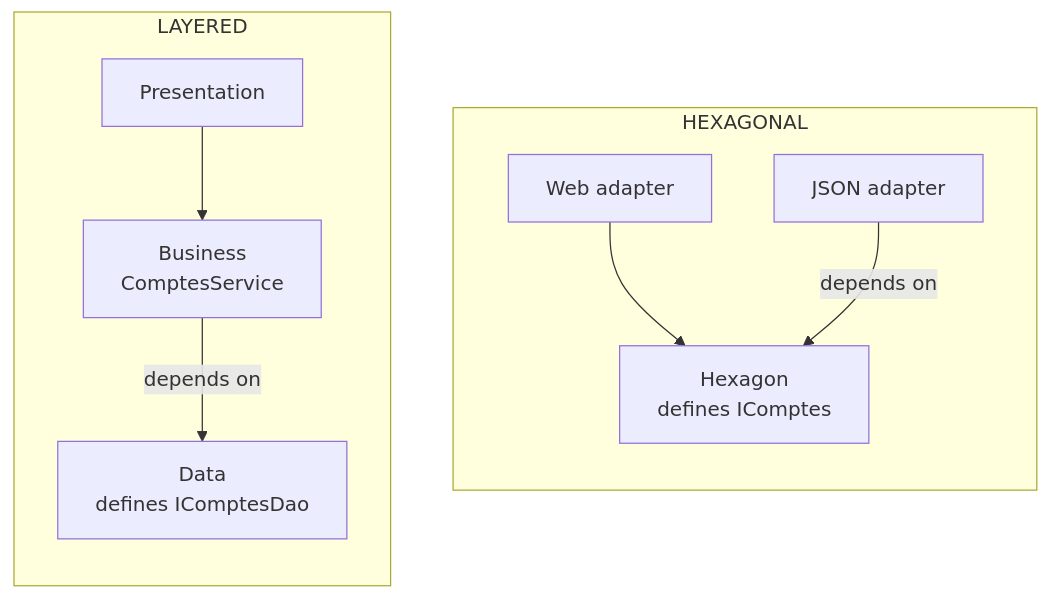
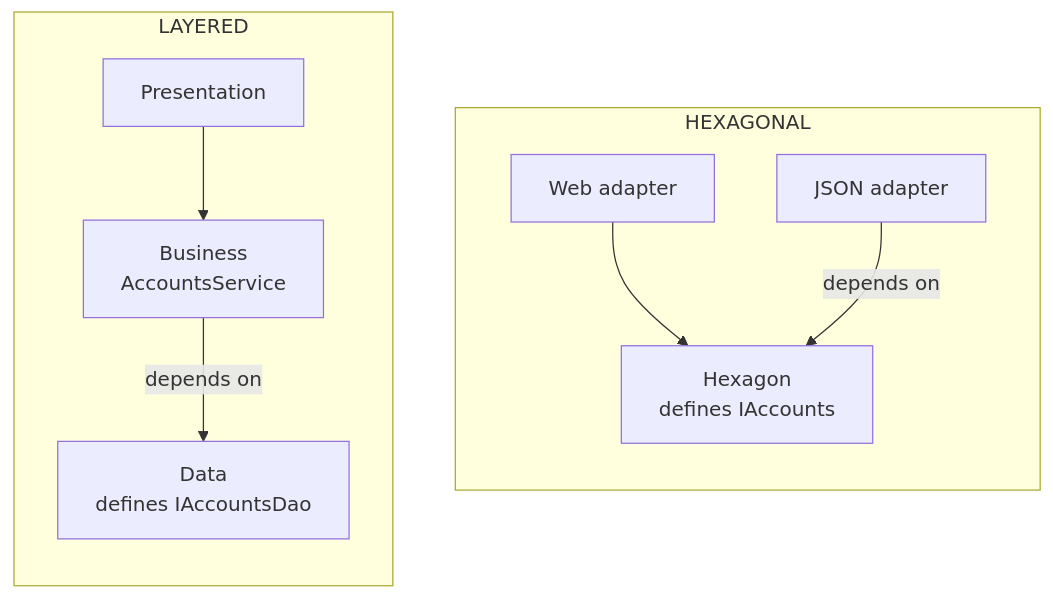
One commit to drangoht/ArchitecturesDemo changed the diagram in Docs/en/differences/01-couches-vs-hexagonale.md. Above: the diagram before and after it, drawn with Mermaid. The commit also changed other lines of this file and 78 other files, not shown here.

First line of the commit message:
Docs EN : identifiants, liens, diagrammes et sorties alignés sur le code anglais

````diff
--- a/Docs/en/differences/01-couches-vs-hexagonale.md
+++ b/Docs/en/differences/01-couches-vs-hexagonale.md
@@ -34,13 +34,13 @@
 ```mermaid
 flowchart LR
     subgraph C["LAYERED"]
         direction TB
-        P0["Presentation"] --> M0["Business<br/>ComptesService"] -->|"depends on"| D0["Data<br/>defines IComptesDao"]
+        P0["Presentation"] --> M0["Business<br/>AccountsService"] -->|"depends on"| D0["Data<br/>defines IAccountsDao"]
     end
     subgraph H["HEXAGONAL"]
         direction TB
-        W1["Web adapter"] --> M1["Hexagon<br/>defines IComptes"]
+        W1["Web adapter"] --> M1["Hexagon<br/>defines IAccounts"]
         J1["JSON adapter"] -->|"depends on"| M1
     end
     C ~~~ H
 ```
````
